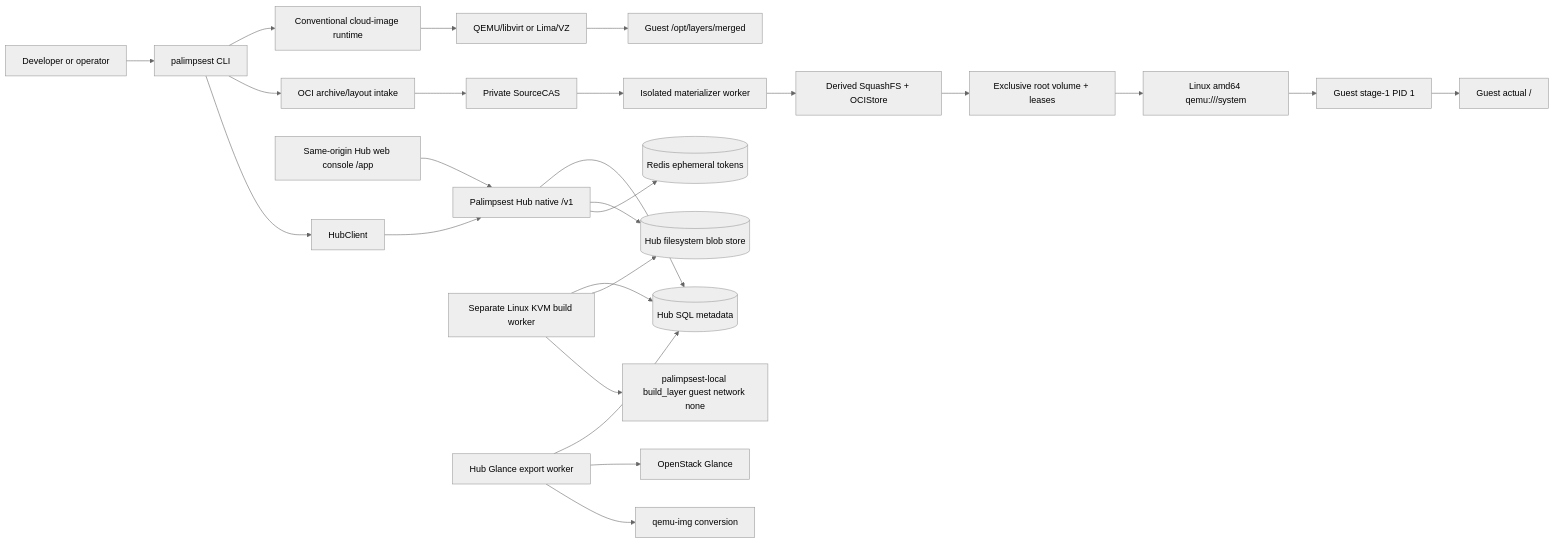
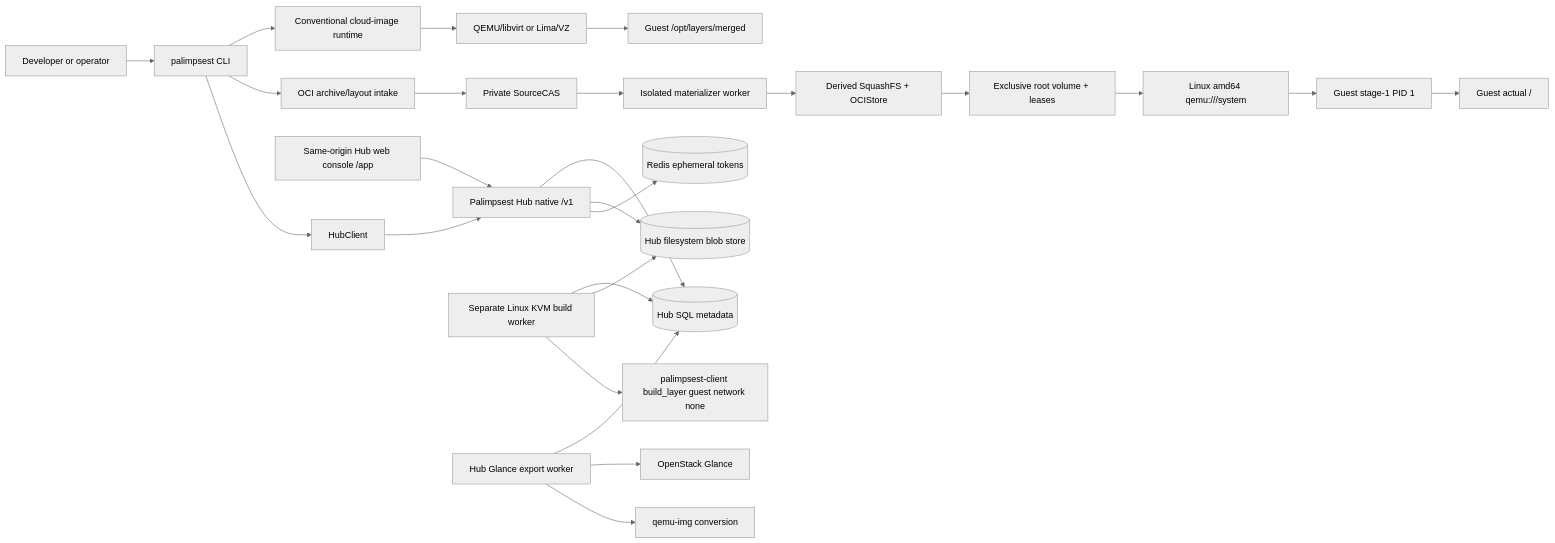
One commit to openstack-afterglow/palimpsest changed the diagram in ARCHITECTURE.md. Above: the diagram before and after it, drawn with Mermaid (neutral theme). The commit also changed other lines of this file and 12 other files, not shown here.

Commit message:
chore: rename root distribution to palimpsest-client 0.2.3

````diff
--- a/ARCHITECTURE.md
+++ b/ARCHITECTURE.md
@@ -240,29 +240,29 @@
 ```mermaid
 flowchart LR
     user[Developer or operator] --> cli[palimpsest CLI]
     cli --> conventional[Conventional cloud-image runtime]
     conventional --> hypervisor[QEMU/libvirt or Lima/VZ]
     hypervisor --> merged[Guest /opt/layers/merged]
 
     cli --> intake[OCI archive/layout intake]
     intake --> source[Private SourceCAS]
     source --> convert[Isolated materializer worker]
     convert --> derived[Derived SquashFS + OCIStore]
     derived --> rootprep[Exclusive root volume + leases]
     rootprep --> ocihost[Linux amd64 qemu:///system]
     ocihost --> stage1[Guest stage-1 PID 1]
     stage1 --> slash[Guest actual /]
 
     browser[Same-origin Hub web console /app] --> hubapi
     cli --> hubclient[HubClient]
     hubclient --> hubapi[Palimpsest Hub native /v1]
     hubapi --> hubsql[(Hub SQL metadata)]
     hubapi --> hubblob[(Hub filesystem blob store)]
     hubapi --> hubredis[(Redis ephemeral tokens)]
     hubbuild[Separate Linux KVM build worker] --> hubsql
     hubbuild --> hubblob
-    hubbuild --> guestbuild[palimpsest-local build_layer guest network none]
+    hubbuild --> guestbuild[palimpsest-client build_layer guest network none]
     hubworker[Hub Glance export worker] --> hubsql
     hubworker --> glance[OpenStack Glance]
     hubworker --> qemuimg[qemu-img conversion]
 ```
````
